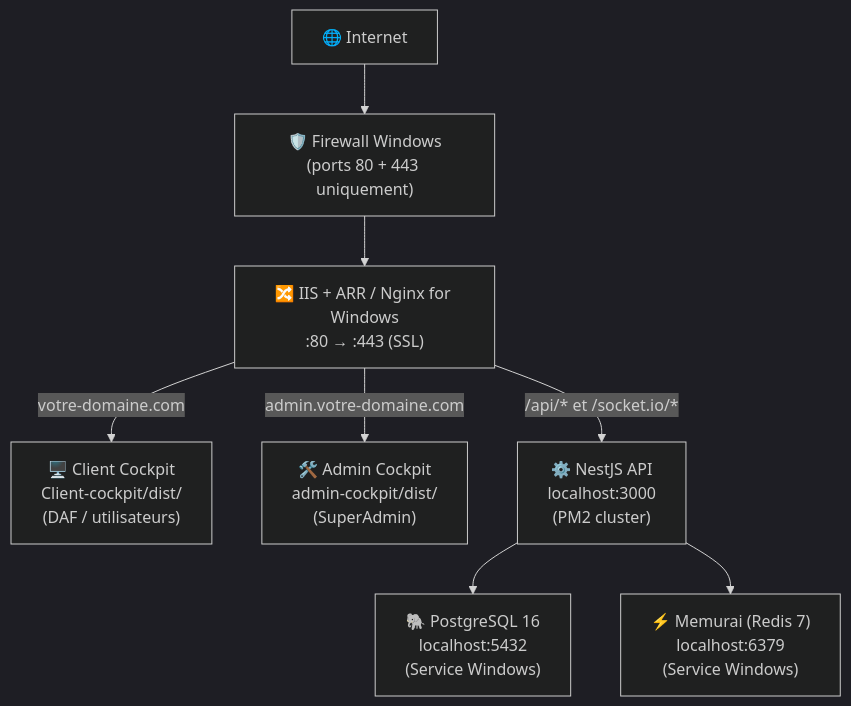
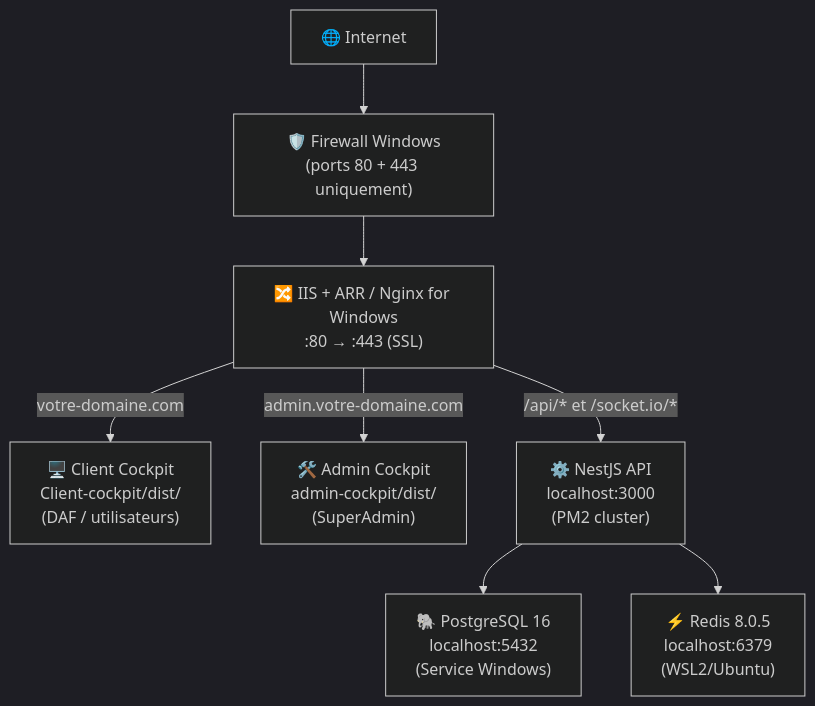
Before and after one commit to AbdoulDiouf2/Insightsage_backend: the diagram in docs/developer/deployment-sans-docker.md, drawn with Mermaid (dark theme). The commit also changed other lines of this file and 2 other files, not shown here.

Commit message:
docs: add architecture stack, backend setup, and deployment guides

````diff
--- a/docs/developer/deployment-sans-docker.md
+++ b/docs/developer/deployment-sans-docker.md
@@ -22,13 +23,13 @@
 ```mermaid
 graph TD
     Internet["🌐 Internet"] --> FW["🛡️ Firewall Windows\n(ports 80 + 443 uniquement)"]
 
     FW --> RP["🔀 IIS + ARR / Nginx for Windows\n:80 → :443 (SSL)"]
 
     RP -->|"votre-domaine.com"| SPA_CLIENT["🖥️ Client Cockpit\nClient-cockpit/dist/\n(DAF / utilisateurs)"]
     RP -->|"admin.votre-domaine.com"| SPA_ADMIN["🛠️ Admin Cockpit\nadmin-cockpit/dist/\n(SuperAdmin)"]
     RP -->|"/api/* et /socket.io/*"| API["⚙️ NestJS API\nlocalhost:3000\n(PM2 cluster)"]
 
     API --> PG["🐘 PostgreSQL 16\nlocalhost:5432\n(Service Windows)"]
-    API --> RD["⚡ Memurai (Redis 7)\nlocalhost:6379\n(Service Windows)"]
+    API --> RD["⚡ Redis 8.0.5\nlocalhost:6379\n(WSL2/Ubuntu)"]
 ```
````
